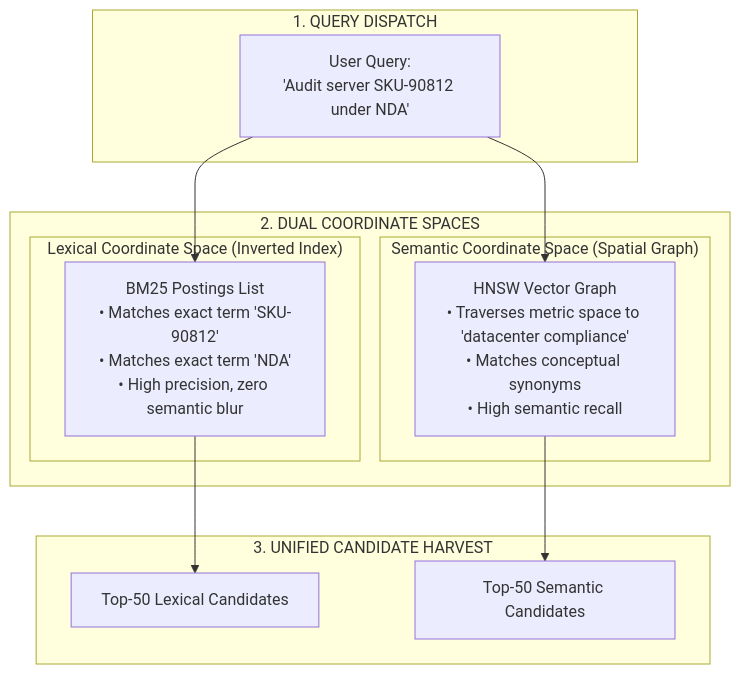
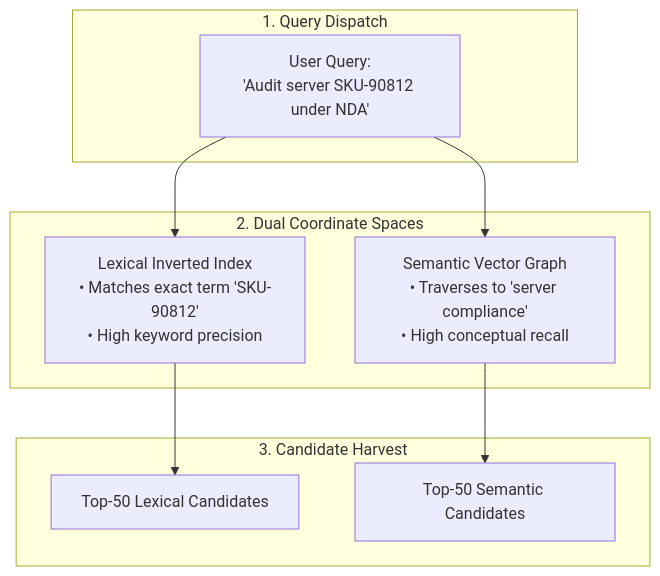
The first of 3 diagrams in 02-rag-and-knowledge-systems/03-hybrid-search-bm25-and-hnsw.md (dip4k/senior-engineer-to-ai-engineer-roadmap), drawn with Mermaid before and after one commit. The commit also changed other lines of this file and 10 other files, not shown here.

````diff
--- a/02-rag-and-knowledge-systems/03-hybrid-search-bm25-and-hnsw.md
+++ b/02-rag-and-knowledge-systems/03-hybrid-search-bm25-and-hnsw.md
@@ -53,26 +55,21 @@
 ```mermaid
 flowchart TD
-    subgraph Query_Dispatch["1. QUERY DISPATCH"]
+    subgraph Query_Dispatch["1. Query Dispatch"]
         Q["User Query:<br>'Audit server SKU-90812 under NDA'"]
     end
 
-    subgraph Dual_Engines["2. DUAL COORDINATE SPACES"]
-        subgraph Lexical_Space["Lexical Coordinate Space (Inverted Index)"]
-            BM25["BM25 Postings List<br>• Matches exact term 'SKU-90812'<br>• Matches exact term 'NDA'<br>• High precision, zero semantic blur"]
-        end
-        
-        subgraph Semantic_Space["Semantic Coordinate Space (Spatial Graph)"]
-            HNSW["HNSW Vector Graph<br>• Traverses metric space to 'datacenter compliance'<br>• Matches conceptual synonyms<br>• High semantic recall"]
-        end
+    subgraph Dual_Engines["2. Dual Coordinate Spaces"]
+        BM25["Lexical Inverted Index<br>• Matches exact term 'SKU-90812'<br>• High keyword precision"]
+        HNSW["Semantic Vector Graph<br>• Traverses to 'server compliance'<br>• High conceptual recall"]
     end
 
-    subgraph Candidate_Pool["3. UNIFIED CANDIDATE HARVEST"]
+    subgraph Candidate_Pool["3. Candidate Harvest"]
         TopSparse["Top-50 Lexical Candidates"]
         TopDense["Top-50 Semantic Candidates"]
     end
 
     Q --> BM25
     Q --> HNSW
     BM25 --> TopSparse
     HNSW --> TopDense
 ```
````
